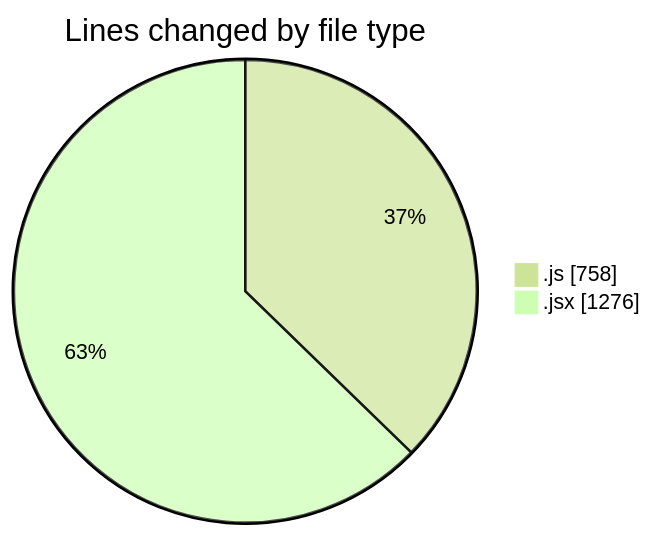
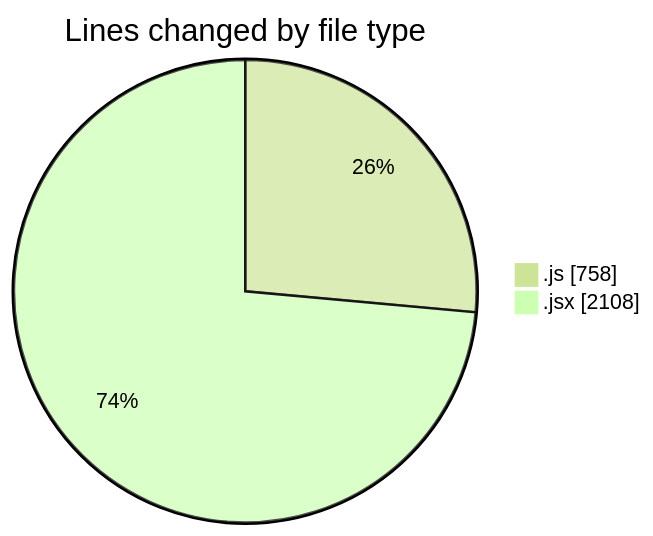
One commit to nxtqubesakshisongat/code-tracking changed the first of 2 diagrams in 2025-05-31/nxtqube_webapp/README.md. Above: the diagram before and after it, drawn with Mermaid (forest theme). The commit also changed other lines of this file and 1 other file, not shown here.

````diff
--- a/2025-05-31/nxtqube_webapp/README.md
+++ b/2025-05-31/nxtqube_webapp/README.md
@@ -28,6 +29,6 @@
 ```mermaid
 pie showData
 title Lines changed by file type
 ".js" : 758
-".jsx" : 1276
+".jsx" : 2108
 ```
````
